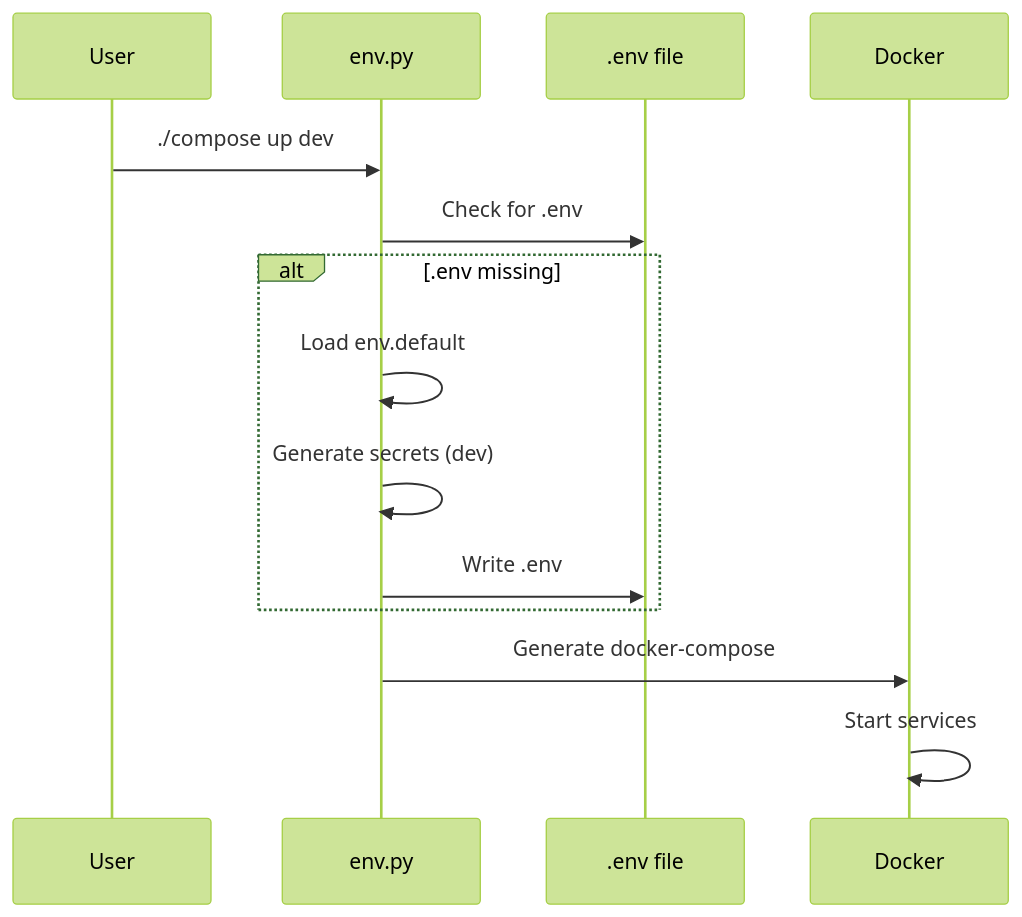
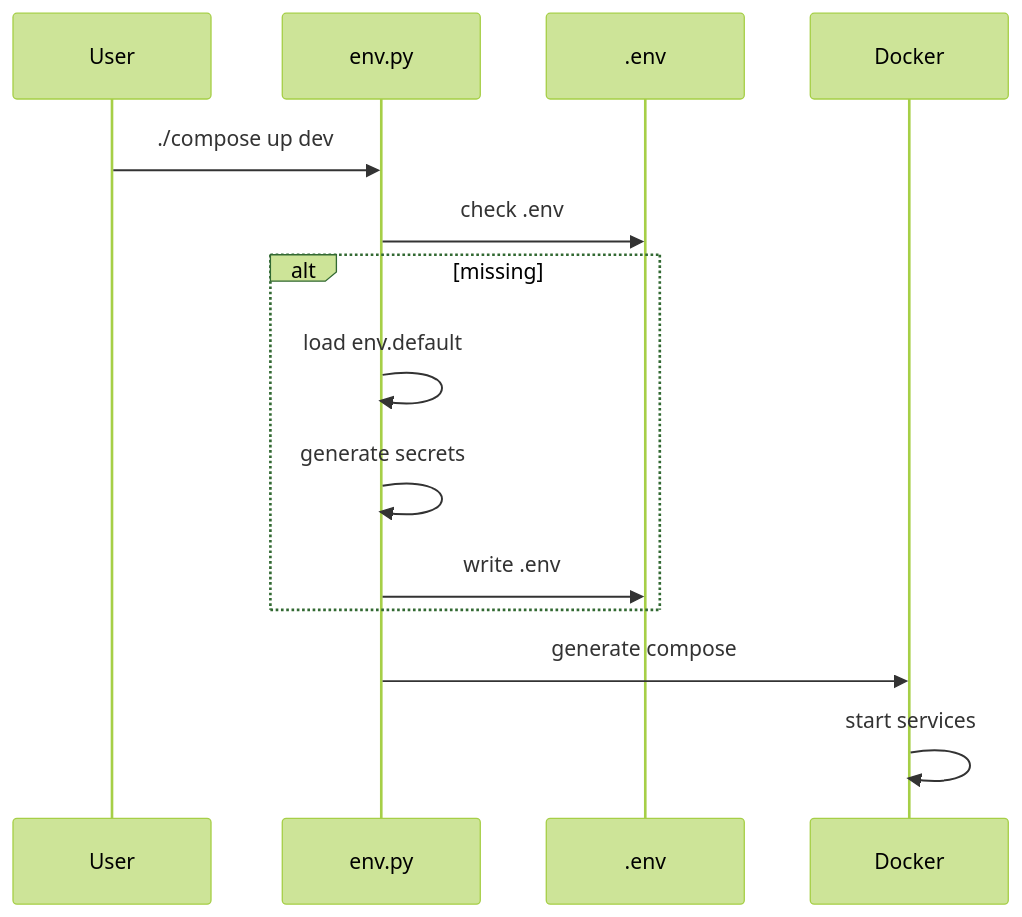
The second of 3 diagrams in README.md (C0ltonW/Eugenius-Docker-n8n), drawn with Mermaid (forest theme) before and after one commit. The commit also changed other lines of this file, not shown here.

````diff
--- a/README.md
+++ b/README.md
@@ -71,17 +71,17 @@
 ```mermaid
 sequenceDiagram
     participant User
     participant Loader as env.py
-    participant FS as .env file
+    participant FS as .env
     participant Docker
 
     User->>Loader: ./compose up dev
-    Loader->>FS: Check for .env
-    alt .env missing
-        Loader->>Loader: Load env.default
-        Loader->>Loader: Generate secrets (dev)
-        Loader->>FS: Write .env
+    Loader->>FS: check .env
+    alt missing
+        Loader->>Loader: load env.default
+        Loader->>Loader: generate secrets
+        Loader->>FS: write .env
     end
-    Loader->>Docker: Generate docker-compose
-    Docker->>Docker: Start services
+    Loader->>Docker: generate compose
+    Docker->>Docker: start services
 ```
````
